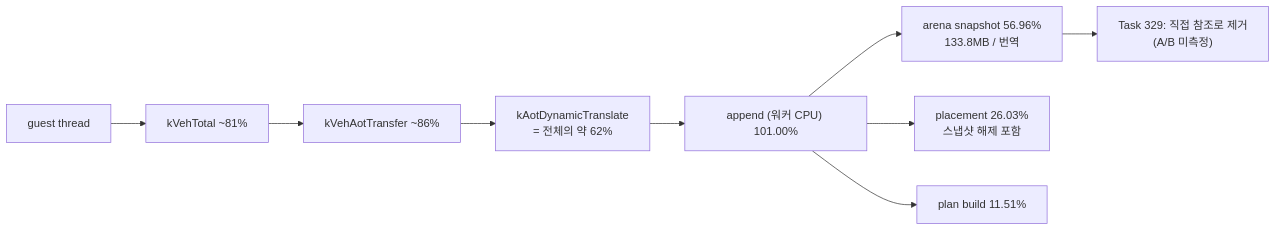
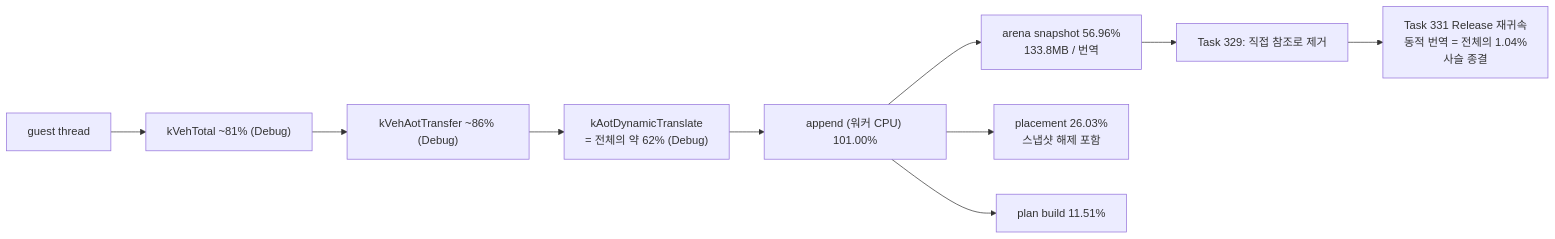
The first of 2 diagrams in docs/analysis/current-execution-frontier.md (nworkers/rePIU), drawn with Mermaid before and after one commit. The commit also changed other lines of this file and 35 other files, not shown here.

````diff
--- a/docs/analysis/current-execution-frontier.md
+++ b/docs/analysis/current-execution-frontier.md
@@ -246,11 +255,12 @@
 ```mermaid
 flowchart LR
-    T["guest thread"] --> V["kVehTotal ~81%"]
-    V --> A["kVehAotTransfer ~86%"]
-    A --> D["kAotDynamicTranslate<br/>= 전체의 약 62%"]
+    T["guest thread"] --> V["kVehTotal ~81% (Debug)"]
+    V --> A["kVehAotTransfer ~86% (Debug)"]
+    A --> D["kAotDynamicTranslate<br/>= 전체의 약 62% (Debug)"]
     D --> W["append (워커 CPU) 101.00%"]
     W --> S["arena snapshot 56.96%<br/>133.8MB / 번역"]
     W --> P["placement 26.03%<br/>스냅샷 해제 포함"]
     W --> B["plan build 11.51%"]
-    S --> F["Task 329: 직접 참조로 제거<br/>(A/B 미측정)"]
+    S --> F["Task 329: 직접 참조로 제거"]
+    F --> R["Task 331 Release 재귀속<br/>동적 번역 = 전체의 1.04%<br/>사슬 종결"]
 ```
````
